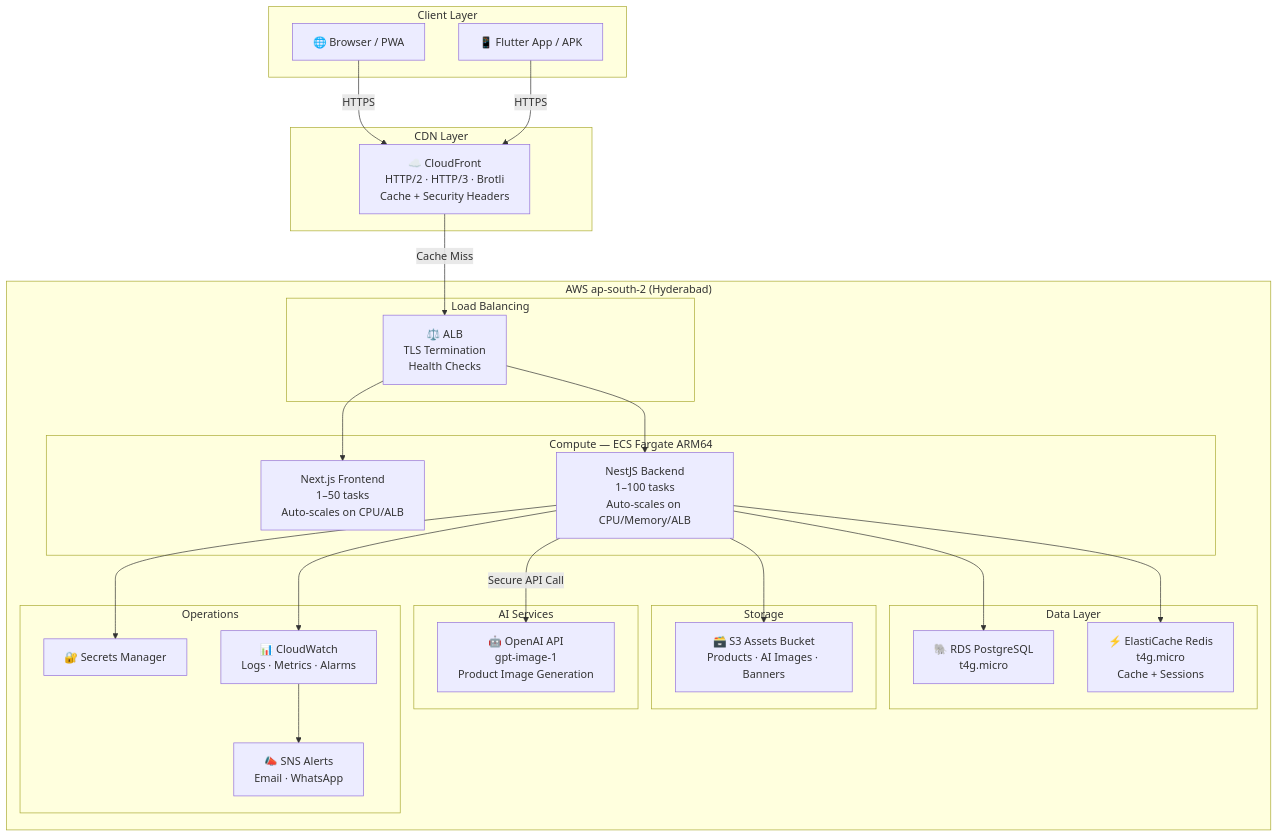
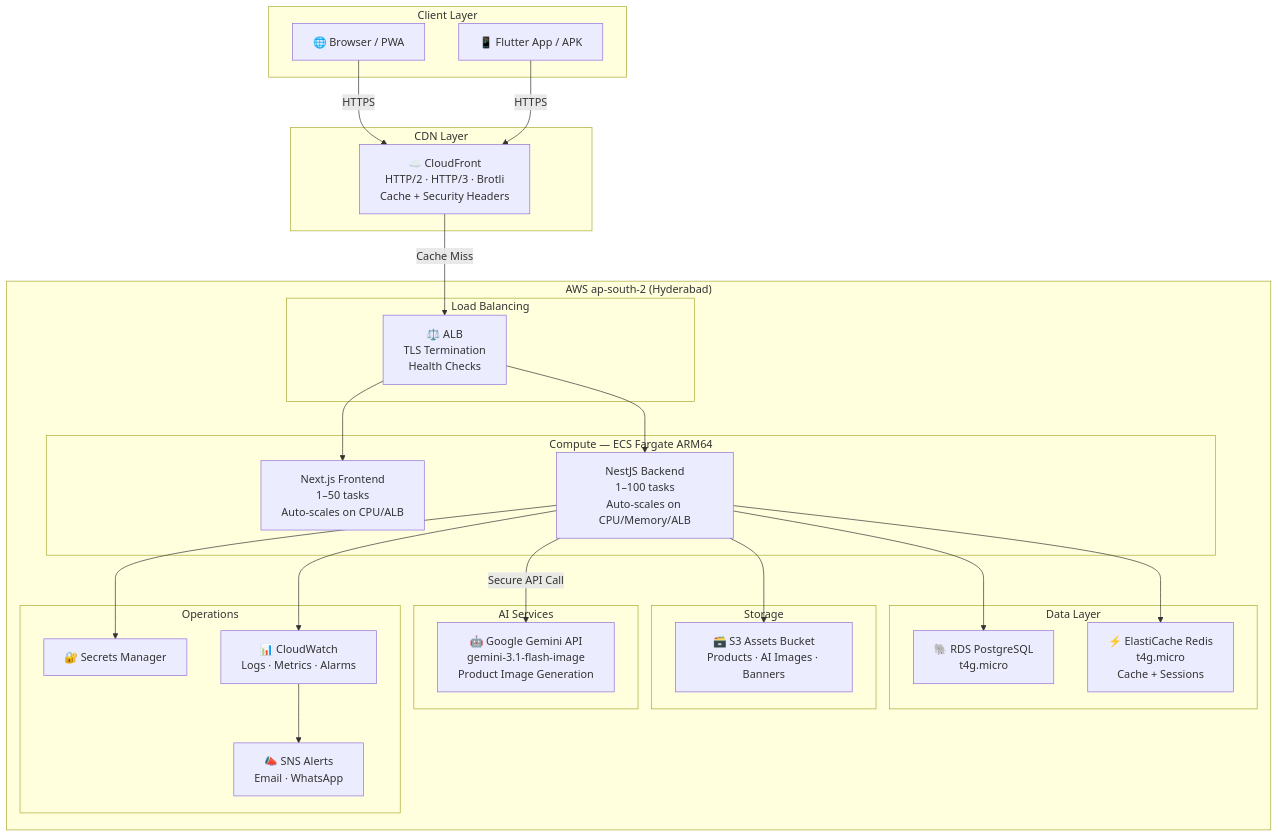
The diagram in README.md (Jagadish2536/anjali-alankaram), drawn with Mermaid before and after one commit. The commit also changed other lines of this file, not shown here.

Commit message:
docs: update README with login fixes, Gemini image generator, and AWS CloudWatch alerting details

````diff
--- a/README.md
+++ b/README.md
@@ -11,54 +11,54 @@
 ```mermaid
 graph TB
     subgraph Client["Client Layer"]
         Browser["🌐 Browser / PWA"]
         Mobile["📱 Flutter App / APK"]
     end
 
     subgraph CDN["CDN Layer"]
         CF["☁️ CloudFront<br/>HTTP/2 · HTTP/3 · Brotli<br/>Cache + Security Headers"]
     end
 
     subgraph AWS["AWS ap-south-2 (Hyderabad)"]
         subgraph LB["Load Balancing"]
             ALB["⚖️ ALB<br/>TLS Termination<br/>Health Checks"]
         end
 
         subgraph Compute["Compute — ECS Fargate ARM64"]
             FE["Next.js Frontend<br/>1–50 tasks<br/>Auto-scales on CPU/ALB"]
             BE["NestJS Backend<br/>1–100 tasks<br/>Auto-scales on CPU/Memory/ALB"]
         end
 
         subgraph Data["Data Layer"]
             RDS["🐘 RDS PostgreSQL<br/>t4g.micro"]
             Redis["⚡ ElastiCache Redis<br/>t4g.micro<br/>Cache + Sessions"]
         end
 
         subgraph Storage["Storage"]
             S3["🗃️ S3 Assets Bucket<br/>Products · AI Images · Banners"]
         end
 
         subgraph AI["AI Services"]
-            OpenAI["🤖 OpenAI API<br/>gpt-image-1<br/>Product Image Generation"]
+            Gemini["🤖 Google Gemini API<br/>gemini-3.1-flash-image<br/>Product Image Generation"]
         end
 
         subgraph Ops["Operations"]
             SM["🔐 Secrets Manager"]
             CW["📊 CloudWatch<br/>Logs · Metrics · Alarms"]
             SNS["📣 SNS Alerts<br/>Email · WhatsApp"]
         end
     end
 
     Browser -->|HTTPS| CF
     Mobile -->|HTTPS| CF
     CF -->|Cache Miss| ALB
     ALB --> FE
     ALB --> BE
     BE --> RDS
     BE --> Redis
     BE --> S3
-    BE -->|Secure API Call| OpenAI
+    BE -->|Secure API Call| Gemini
     BE --> SM
     BE --> CW
     CW --> SNS
 ```
````
